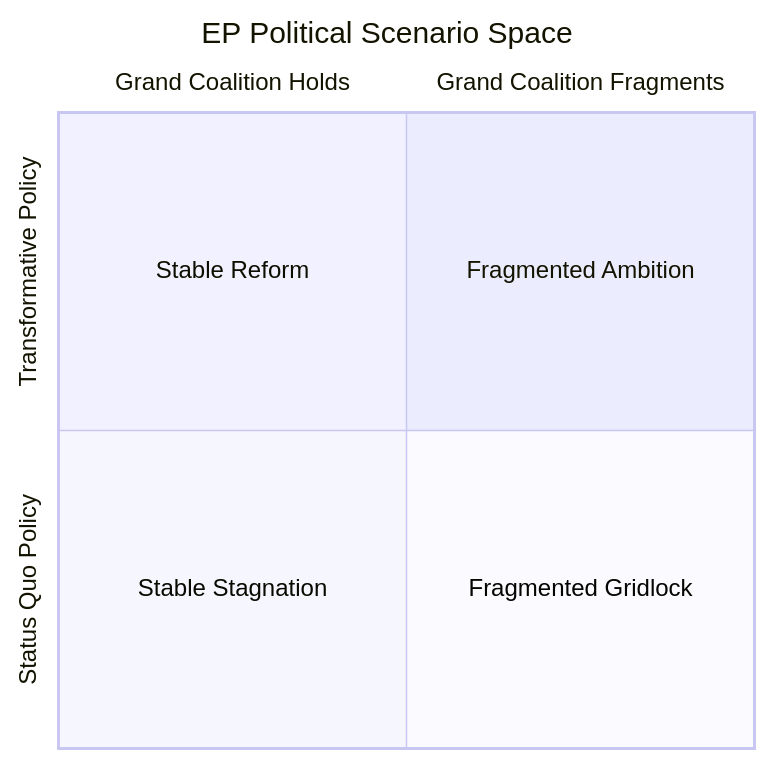
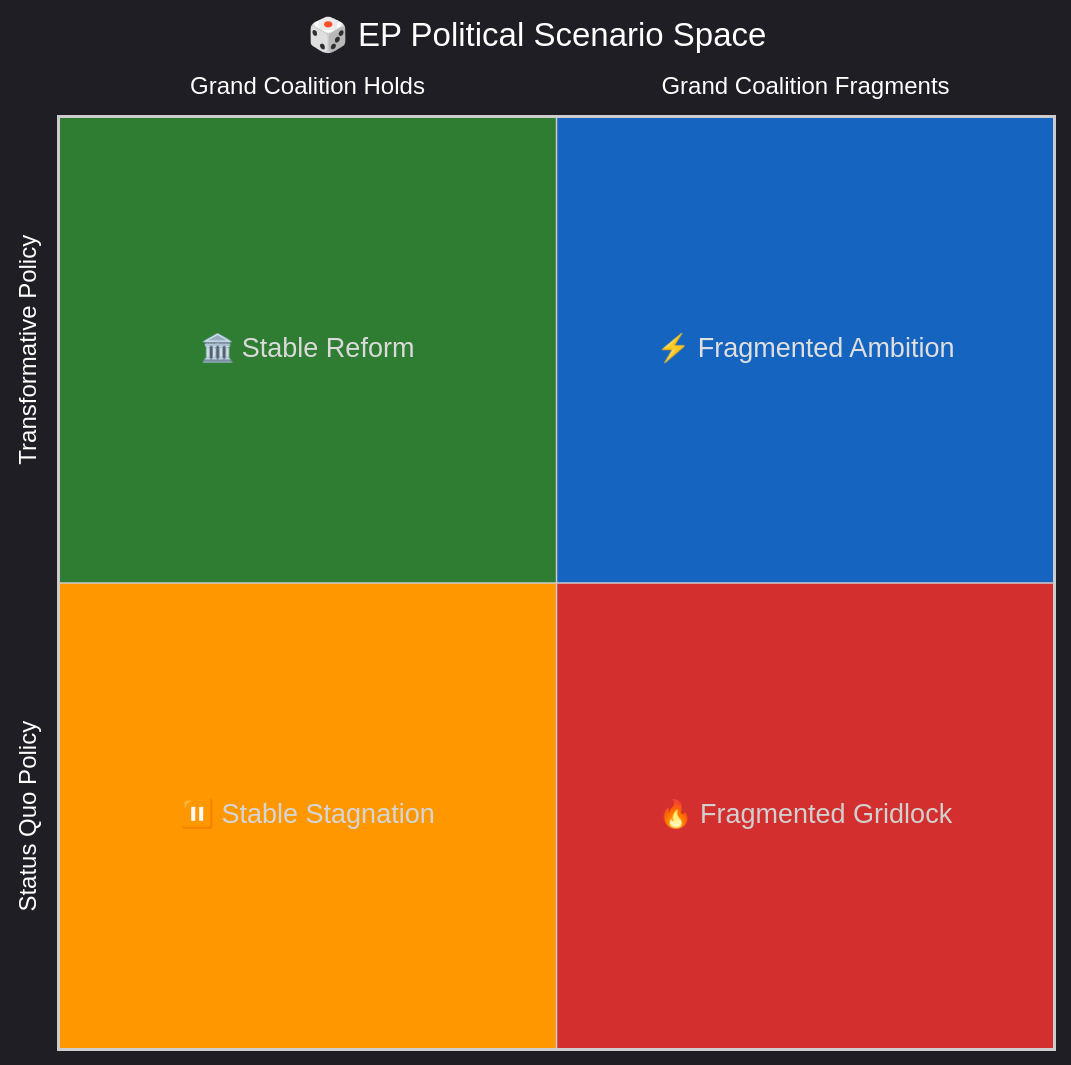
Before and after one commit to Hack23/euparliamentmonitor: the fifth of 8 diagrams in analysis/methodologies/political-threat-framework.md, drawn with Mermaid. The commit also changed 5 other files, not shown here.

First line of the commit message:
Apply ISMS-aligned mermaid colour theme to all SWOT/quadrant charts and document standards

````diff
--- a/analysis/methodologies/political-threat-framework.md
+++ b/analysis/methodologies/political-threat-framework.md
@@ -276,10 +276,33 @@
 ```mermaid
+%%{init: {
+  "theme": "dark",
+  "themeVariables": {
+    "quadrant1Fill": "#1565C0",
+    "quadrant2Fill": "#2E7D32",
+    "quadrant3Fill": "#FF9800",
+    "quadrant4Fill": "#D32F2F",
+    "quadrantTitleFill": "#ffffff",
+    "quadrantPointFill": "#ffffff",
+    "quadrantPointTextFill": "#ffffff",
+    "quadrantXAxisTextFill": "#ffffff",
+    "quadrantYAxisTextFill": "#ffffff"
+  },
+  "quadrantChart": {
+    "chartWidth": 700,
+    "chartHeight": 700,
+    "pointLabelFontSize": 14,
+    "titleFontSize": 22,
+    "quadrantLabelFontSize": 18,
+    "xAxisLabelFontSize": 16,
+    "yAxisLabelFontSize": 16
+  }
+}}%%
 quadrantChart
-    title EP Political Scenario Space
+    title 🎲 EP Political Scenario Space
     x-axis "Grand Coalition Holds" --> "Grand Coalition Fragments"
     y-axis "Status Quo Policy" --> "Transformative Policy"
-    quadrant-1 "Fragmented Ambition"
-    quadrant-2 "Stable Reform"
-    quadrant-3 "Stable Stagnation"
-    quadrant-4 "Fragmented Gridlock"
+    quadrant-1 "⚡ Fragmented Ambition"
+    quadrant-2 "🏛️ Stable Reform"
+    quadrant-3 "⏸️ Stable Stagnation"
+    quadrant-4 "🔥 Fragmented Gridlock"
 ```
````
